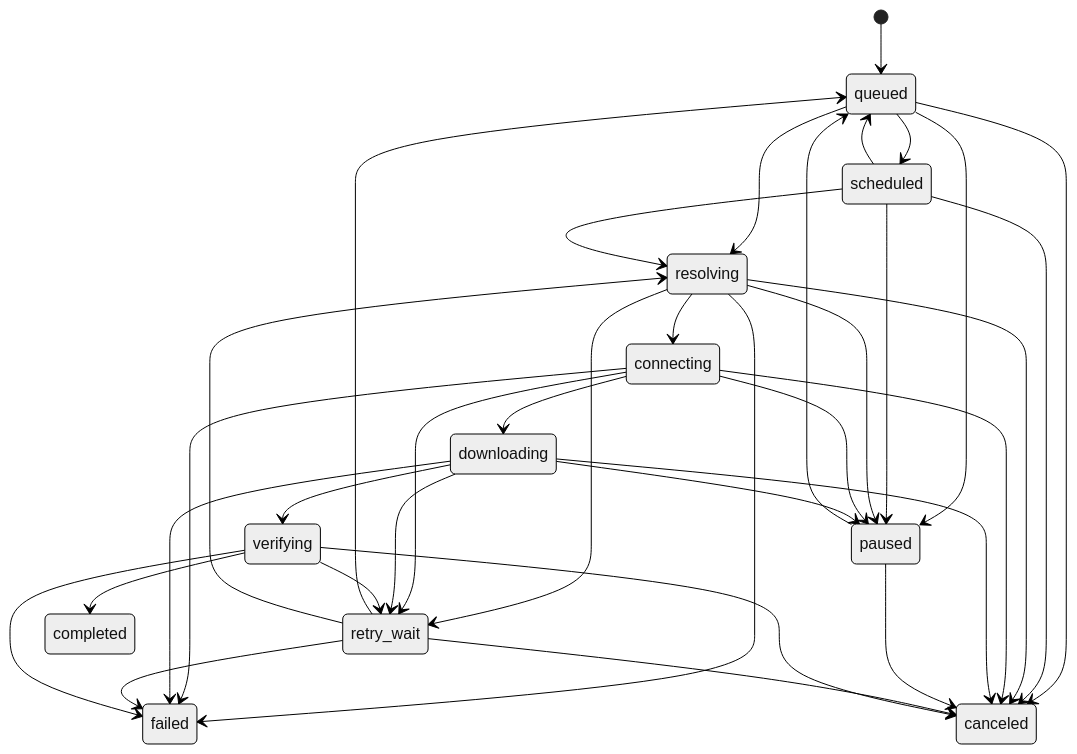
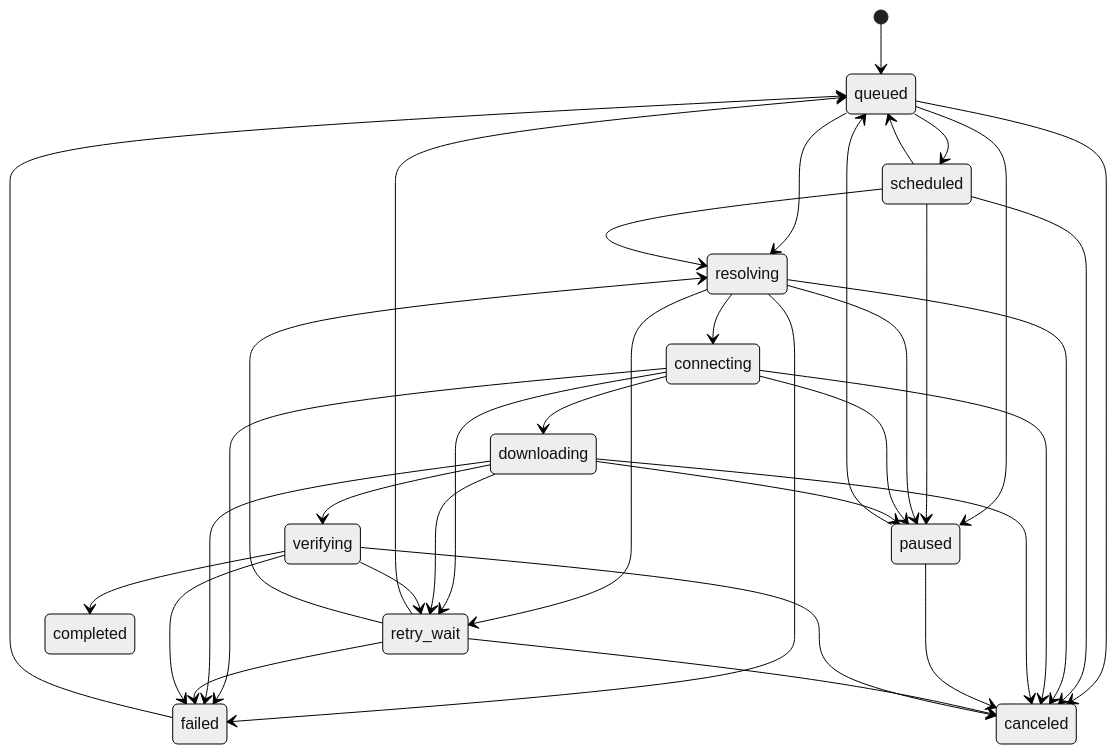
Before and after one commit to MJKhaani/SpeedDownload: the diagram in docs/download-state-machine.md, drawn with Mermaid (neutral theme). The commit also changed other lines of this file and 5 other files, not shown here.

````diff
--- a/docs/download-state-machine.md
+++ b/docs/download-state-machine.md
@@ -10,37 +10,38 @@
 ```mermaid
 stateDiagram-v2
     [*] --> queued
     queued --> scheduled
     queued --> resolving
     queued --> paused
     queued --> canceled
     scheduled --> queued
     scheduled --> resolving
     scheduled --> paused
     scheduled --> canceled
     resolving --> connecting
     resolving --> retry_wait
     resolving --> paused
     resolving --> failed
     resolving --> canceled
     connecting --> downloading
     connecting --> retry_wait
     connecting --> paused
     connecting --> failed
     connecting --> canceled
     downloading --> retry_wait
     downloading --> paused
     downloading --> verifying
     downloading --> failed
     downloading --> canceled
     paused --> queued
     paused --> canceled
     retry_wait --> queued
     retry_wait --> resolving
     retry_wait --> failed
     retry_wait --> canceled
+    failed --> queued
     verifying --> completed
     verifying --> retry_wait
     verifying --> failed
     verifying --> canceled
 ```
````
